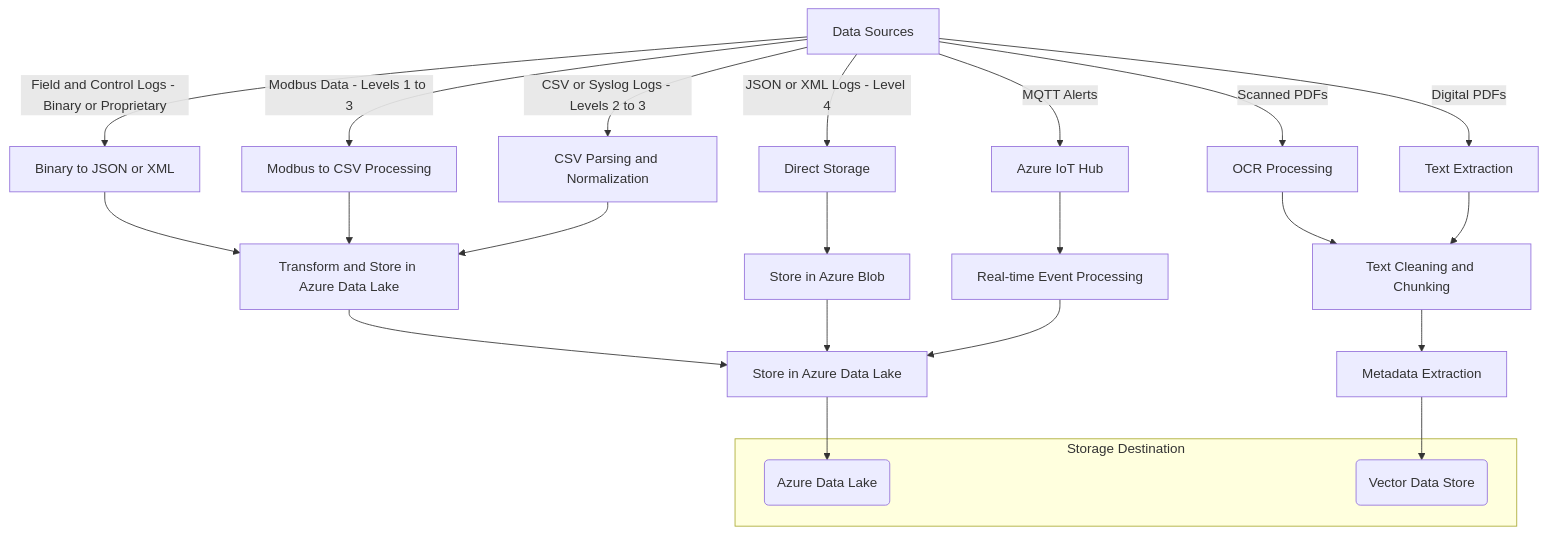
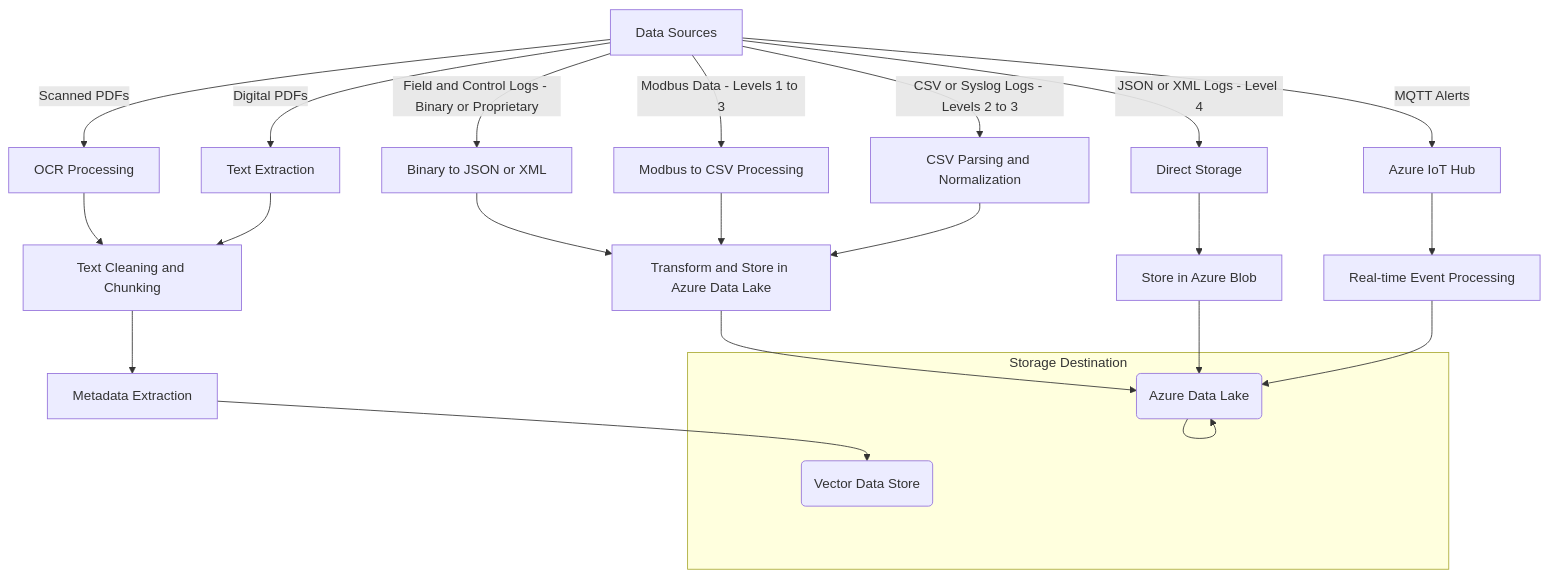
Before and after one commit to rajivgangadharan/ai-for-field-engineers: the diagram in solution-architecture.md, drawn with Mermaid. The commit also changed other lines of this file, not shown here.

Commit message:
Syntax error in mermaid diagram

````diff
--- a/solution-architecture.md
+++ b/solution-architecture.md
@@ -94,33 +98,33 @@
 ```mermaid
 
 graph TD;
     A[Data Sources] -->|Scanned PDFs| B[OCR Processing];
     A -->|Digital PDFs| C[Text Extraction];
     A -->|Field and Control Logs - Binary or Proprietary| D[Binary to JSON or XML];
     A -->|Modbus Data - Levels 1 to 3| E[Modbus to CSV Processing];
     A -->|CSV or Syslog Logs - Levels 2 to 3| F[CSV Parsing and Normalization];
     A -->|JSON or XML Logs - Level 4| G[Direct Storage];
     A -->|MQTT Alerts| H[Azure IoT Hub];
     
     B --> I[Text Cleaning and Chunking];
     C --> I;
     D --> J[Transform and Store in Azure Data Lake];
     E --> J;
     F --> J;
     G --> K[Store in Azure Blob];
-    H --> L[Real-time Event Processing];
+    H --> R[Real-time Event Processing];
     
     I --> M[Metadata Extraction];
     J --> N[Store in Azure Data Lake];
     K --> N;
-    L --> N;
+    R --> N;
     
-    N --> O(Azure Data Lake);
+    N --> N(Azure Data Lake);
     M --> V(Vector Data Store);
     
     subgraph "Storage Destination"
-        O
+        N
         V
     end
 
 ```
````
